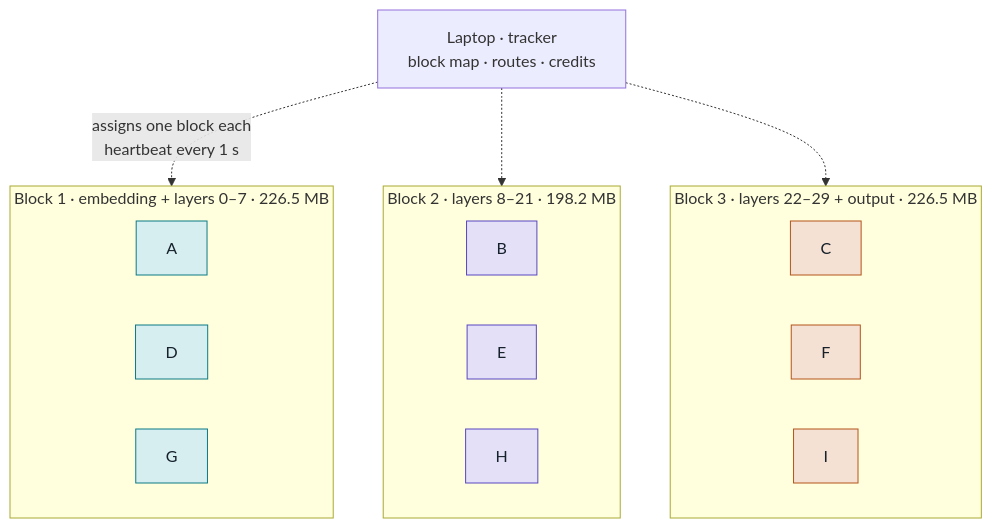
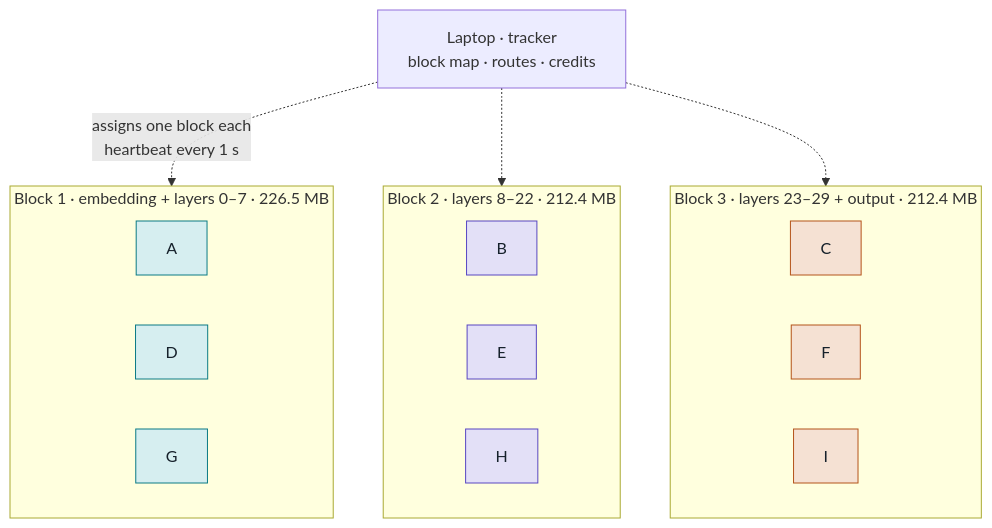
The first of 4 diagrams in README.md (LogicalGuy77/pied-piper), drawn with Mermaid before and after one commit. The commit also changed other lines of this file and 12 other files, not shown here.

````diff
--- a/README.md
+++ b/README.md
@@ -21,29 +23,29 @@
 ```mermaid
 flowchart TB
     T["Laptop · tracker<br/>block map · routes · credits"]
     subgraph B1["Block 1 · embedding + layers 0–7 · 226.5 MB"]
         A["A"]
         D["D"]
         G["G"]
     end
-    subgraph B2["Block 2 · layers 8–21 · 198.2 MB"]
+    subgraph B2["Block 2 · layers 8–22 · 212.4 MB"]
         B["B"]
         E["E"]
         H["H"]
     end
-    subgraph B3["Block 3 · layers 22–29 + output · 226.5 MB"]
+    subgraph B3["Block 3 · layers 23–29 + output · 212.4 MB"]
         C["C"]
         F["F"]
         I["I"]
     end
     T -.->|"assigns one block each<br/>heartbeat every 1 s"| B1
     T -.-> B2
     T -.-> B3
 
     classDef b1 fill:#d6eef0,stroke:#0b7a85,color:#16212b
     classDef b2 fill:#e3e0f7,stroke:#5847c2,color:#16212b
     classDef b3 fill:#f5e1d3,stroke:#b4541a,color:#16212b
     class A,D,G b1
     class B,E,H b2
     class C,F,I b3
 ```
````
